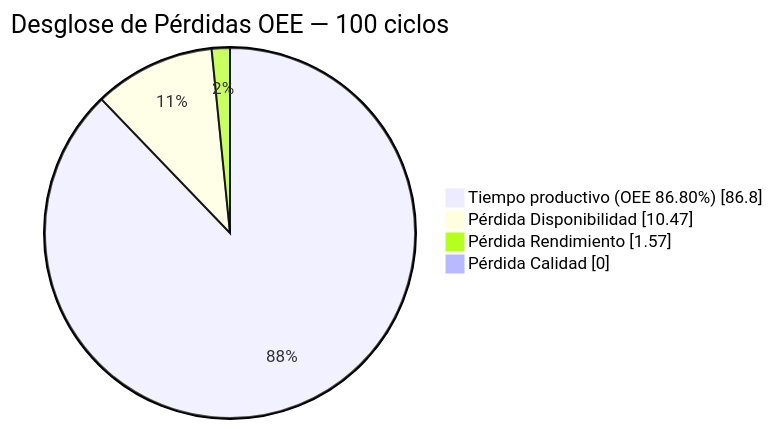
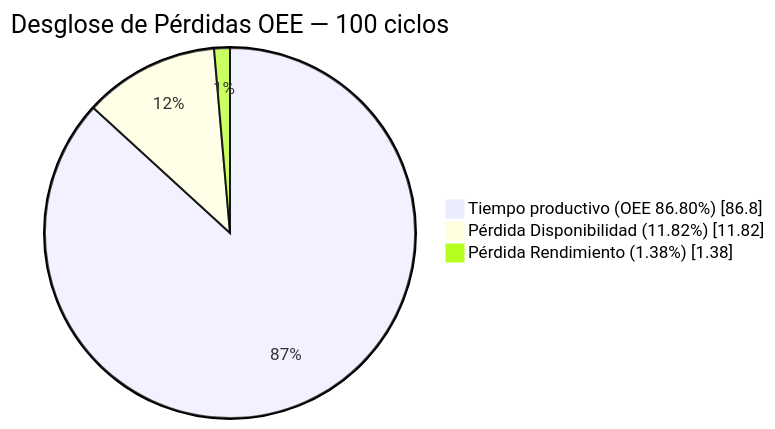
Before and after one commit to jorgefajardom-coder/drone-packaging-simulation-unity: diagram 15 of 16 in README.md, drawn with Mermaid. The commit also changed other lines of this file, not shown here.

````diff
--- a/README.md
+++ b/README.md
@@ -2762,8 +2741,7 @@
 ```mermaid
 pie showData
     title Desglose de Pérdidas OEE — 100 ciclos
     "Tiempo productivo (OEE 86.80%)" : 86.80
-    "Pérdida Disponibilidad" : 10.47
-    "Pérdida Rendimiento"    : 1.57
-    "Pérdida Calidad"        : 0
+    "Pérdida Disponibilidad (11.82%)": 11.82
+    "Pérdida Rendimiento (1.38%)"    : 1.38
 ```
````
